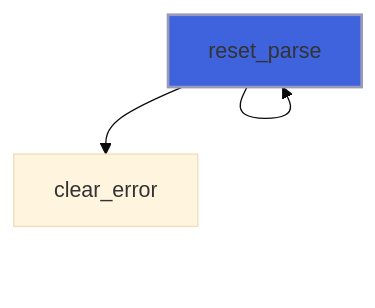
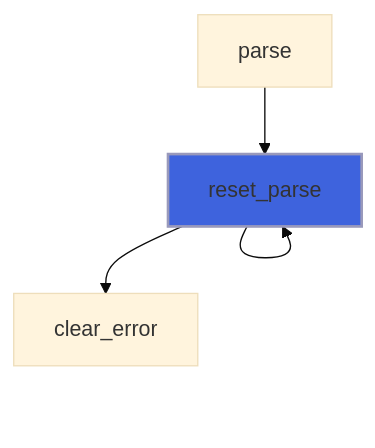
One commit to szaghi/FLAP changed diagram 11 of 43 in docs/api/src/lib/flap_command_line_arguments_group_t.md. Above: the diagram before and after it, drawn with Mermaid (base theme). The commit also changed other lines of this file and 7 other files, not shown here.

````diff
--- a/docs/api/src/lib/flap_command_line_arguments_group_t.md
+++ b/docs/api/src/lib/flap_command_line_arguments_group_t.md
@@ -471,6 +471,7 @@
 ```mermaid
 flowchart TD
+  parse["parse"] --> reset_parse["reset_parse"]
   reset_parse["reset_parse"] --> reset_parse["reset_parse"]
   reset_parse["reset_parse"] --> clear_error["clear_error"]
   style reset_parse fill:#3e63dd,stroke:#99b,stroke-width:2px
 ```
````
